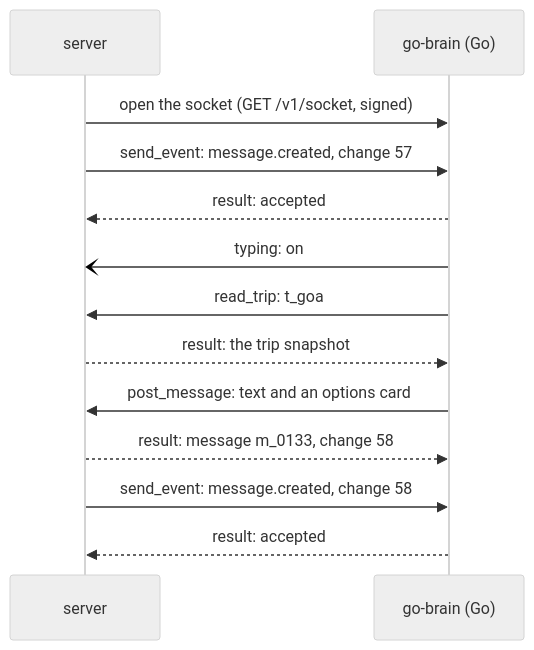
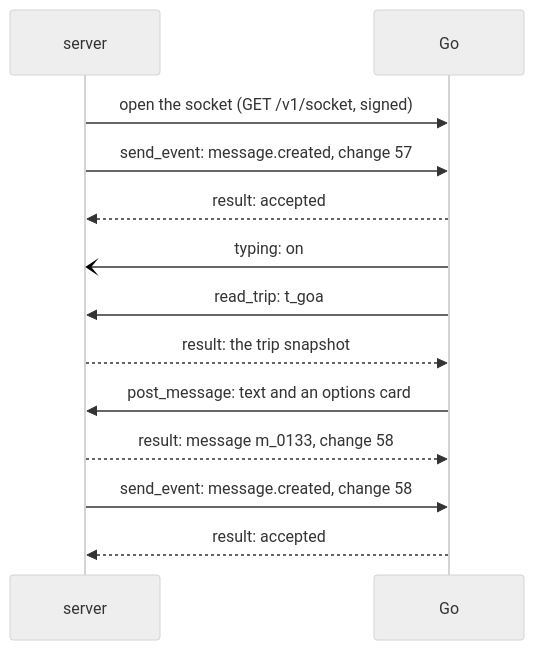
One commit to vestra-ai/go-brain changed the diagram in docs/guide/02-the-socket.md. Above: the diagram before and after it, drawn with Mermaid (neutral theme). The commit also changed other lines of this file and 37 other files, not shown here.

````diff
--- a/docs/guide/02-the-socket.md
+++ b/docs/guide/02-the-socket.md
@@ -24,15 +24,15 @@
 ```mermaid
 sequenceDiagram
   participant S as server
-  participant B as go-brain (Go)
-  S->>B: open the socket (GET /v1/socket, signed)
-  S->>B: send_event: message.created, change 57
-  B-->>S: result: accepted
-  B-)S: typing: on
-  B->>S: read_trip: t_goa
-  S-->>B: result: the trip snapshot
-  B->>S: post_message: text and an options card
-  S-->>B: result: message m_0133, change 58
-  S->>B: send_event: message.created, change 58
-  B-->>S: result: accepted
+  participant G as Go
+  S->>G: open the socket (GET /v1/socket, signed)
+  S->>G: send_event: message.created, change 57
+  G-->>S: result: accepted
+  G-)S: typing: on
+  G->>S: read_trip: t_goa
+  S-->>G: result: the trip snapshot
+  G->>S: post_message: text and an options card
+  S-->>G: result: message m_0133, change 58
+  S->>G: send_event: message.created, change 58
+  G-->>S: result: accepted
 ```
````
